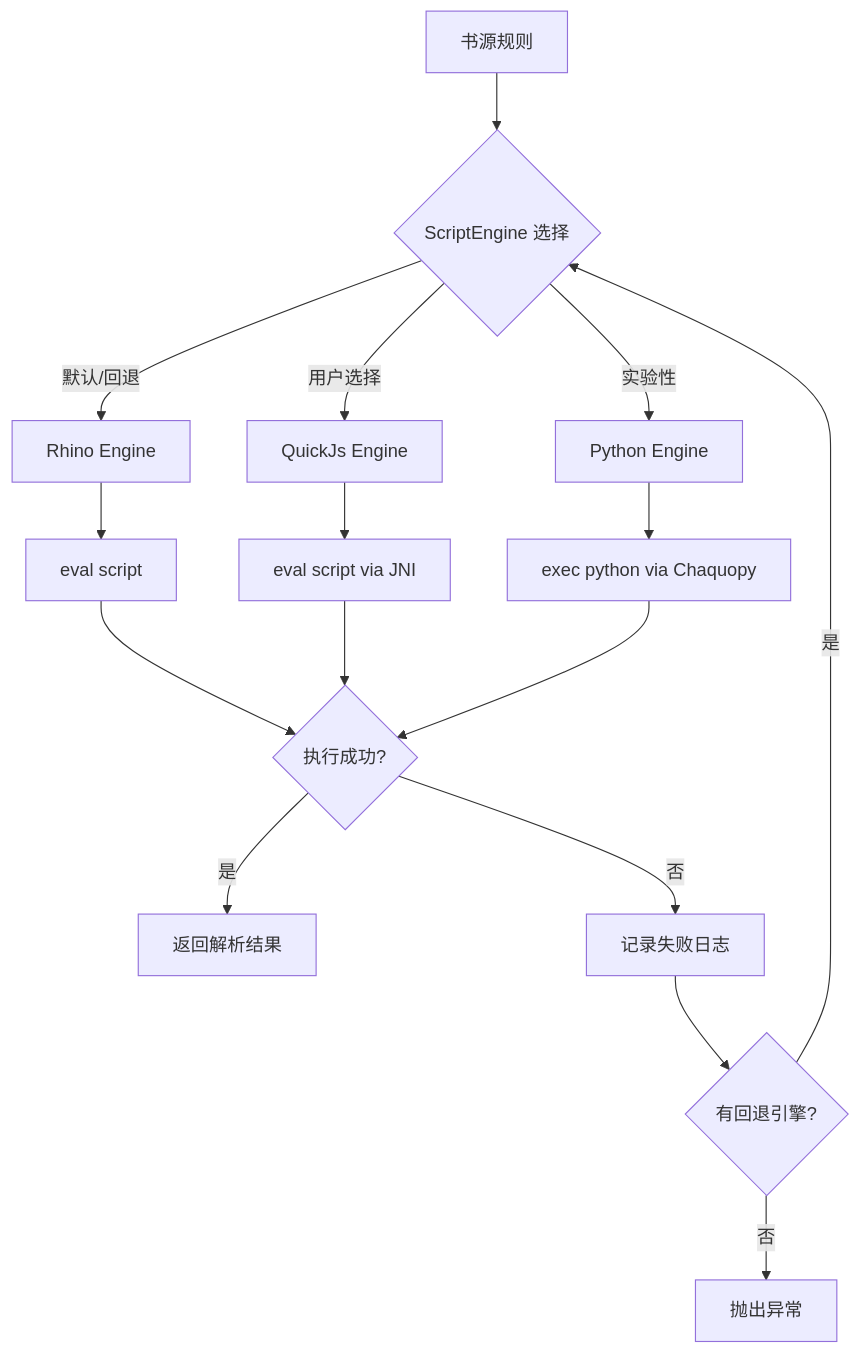
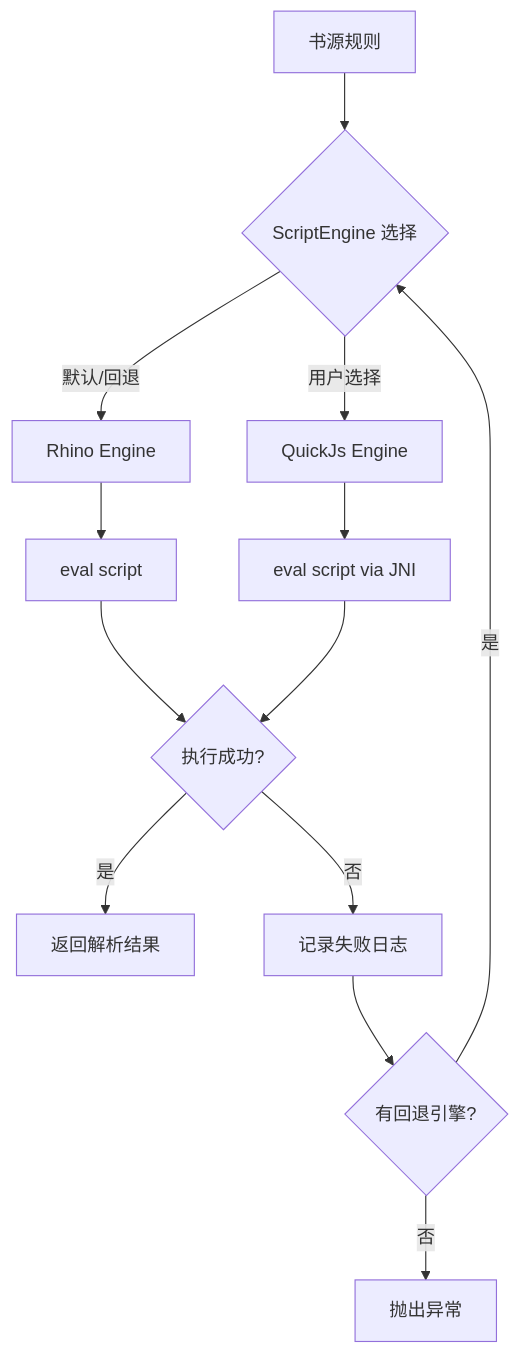
The ninth of 9 diagrams in docs/specs/tvbox-optimization/design.md (legado-backup/legado-m), drawn with Mermaid before and after one commit. The commit also changed other lines of this file and 55 other files, not shown here.

````diff
--- a/docs/specs/tvbox-optimization/design.md
+++ b/docs/specs/tvbox-optimization/design.md
@@ -428,21 +481,18 @@
 ```mermaid
 flowchart TD
     R[书源规则] --> SE{ScriptEngine 选择}
     SE -->|默认/回退| RH[Rhino Engine]
     SE -->|用户选择| QJ[QuickJs Engine]
-    SE -->|实验性| PY[Python Engine]
 
     RH --> EVAL1[eval script]
     QJ --> EVAL2[eval script via JNI]
-    PY --> EVAL3[exec python via Chaquopy]
 
     EVAL1 --> RST{执行成功?}
     EVAL2 --> RST
-    EVAL3 --> RST
 
     RST -->|是| OUT[返回解析结果]
     RST -->|否| LOG[记录失败日志]
     LOG --> FB{有回退引擎?}
     FB -->|是| SE
     FB -->|否| ERR[抛出异常]
 ```
````
